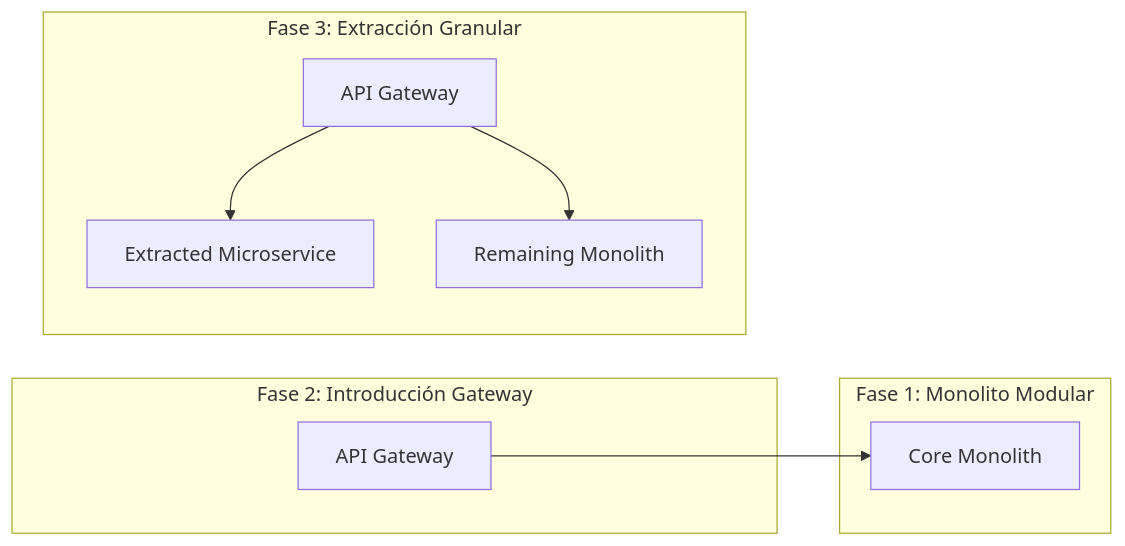
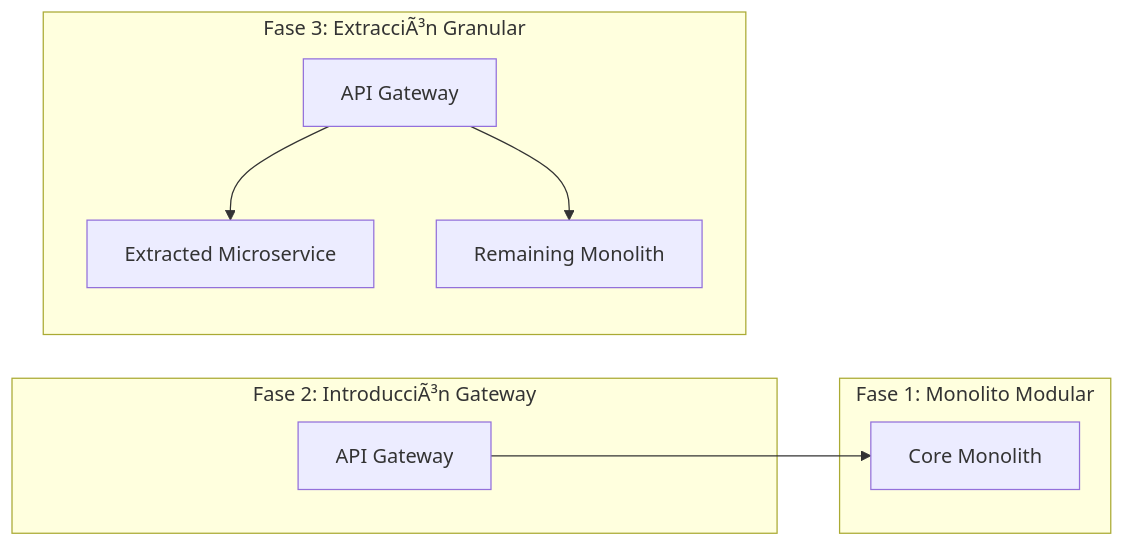
One commit to beyondnetcode/arc32_nodejs_progresive_monolith changed the second of 2 diagrams in architecture/adrs-es/core/0047-architectural-patterns-monolith-soa-microservices.md. Above: the diagram before and after it, drawn with Mermaid. The commit also changed other lines of this file and 303 other files, not shown here.

````diff
--- a/architecture/adrs-es/core/0047-architectural-patterns-monolith-soa-microservices.md
+++ b/architecture/adrs-es/core/0047-architectural-patterns-monolith-soa-microservices.md
@@ -192,15 +192,15 @@
 ```mermaid
 flowchart LR
     subgraph "Fase 1: Monolito Modular"
     M1[Core Monolith]
     end
     
-    subgraph "Fase 2: Introducción Gateway"
+    subgraph "Fase 2: IntroducciÃ³n Gateway"
     GW[API Gateway] --> M1
     end
     
-    subgraph "Fase 3: Extracción Granular"
+    subgraph "Fase 3: ExtracciÃ³n Granular"
     GW2[API Gateway] --> M2[Extracted Microservice]
     GW2 --> M1_2[Remaining Monolith]
     end
 ```
````
